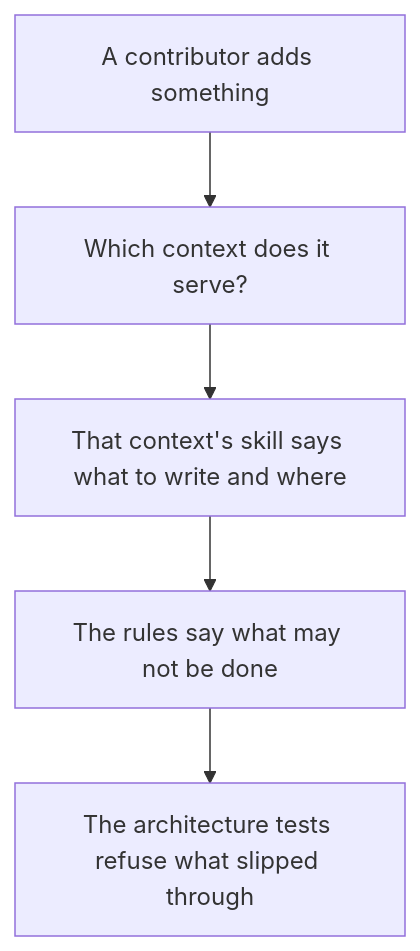
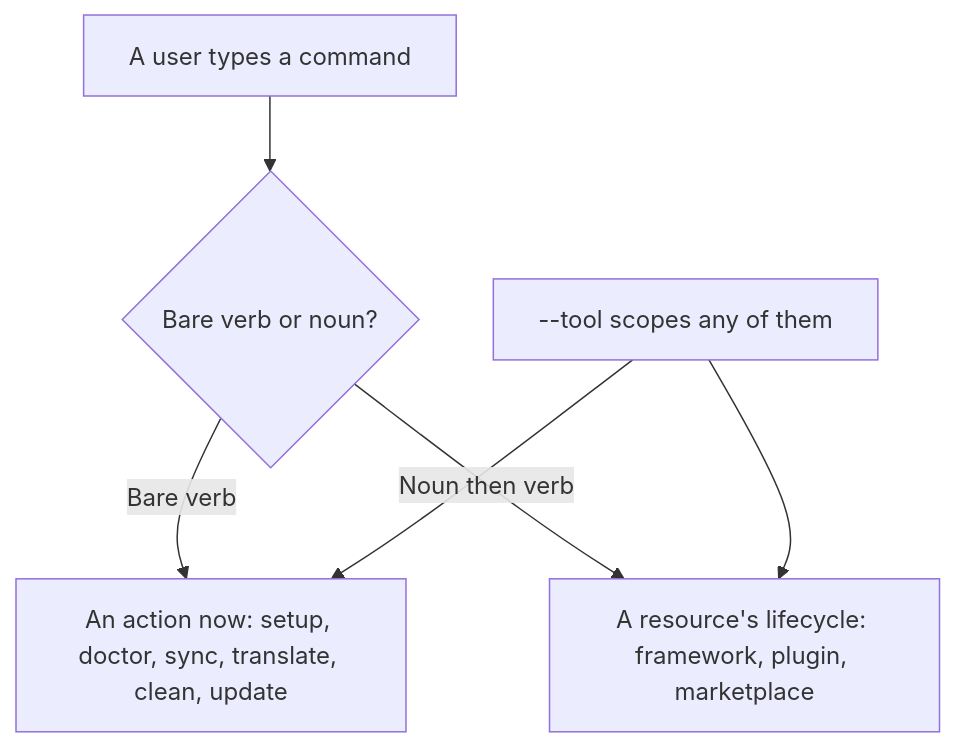
The first of 2 diagrams in cli/aidd_docs/tasks/2026_08/2026_08_20_refactor-contextes-cli/phase-17.md (ai-driven-dev/aidd-framework), drawn with Mermaid before and after one commit. The commit also changed other lines of this file and 17 other files, not shown here.

````diff
--- a/cli/aidd_docs/tasks/2026_08/2026_08_20_refactor-contextes-cli/phase-17.md
+++ b/cli/aidd_docs/tasks/2026_08/2026_08_20_refactor-contextes-cli/phase-17.md
@@ -38,7 +42,8 @@
 ```mermaid
 flowchart TD
-  A[A contributor adds something] --> B[Which context does it serve?]
-  B --> C[That context's skill says what to write and where]
-  C --> D[The rules say what may not be done]
-  D --> E[The architecture tests refuse what slipped through]
+  A[A user types a command] --> B{Bare verb or noun?}
+  B -->|Bare verb| C[An action now: setup, doctor, sync, translate, clean, update]
+  B -->|Noun then verb| D[A resource's lifecycle: framework, plugin, marketplace]
+  E[--tool scopes any of them] --> C
+  E --> D
 ```
````
